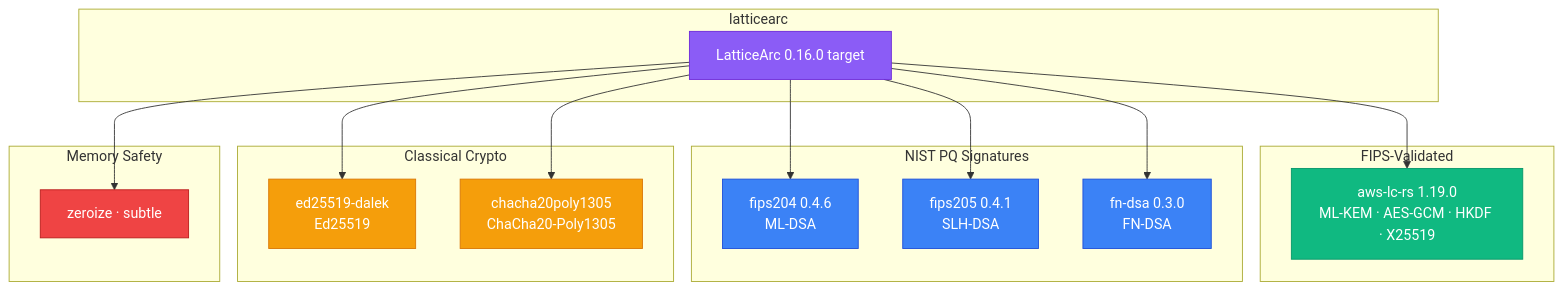
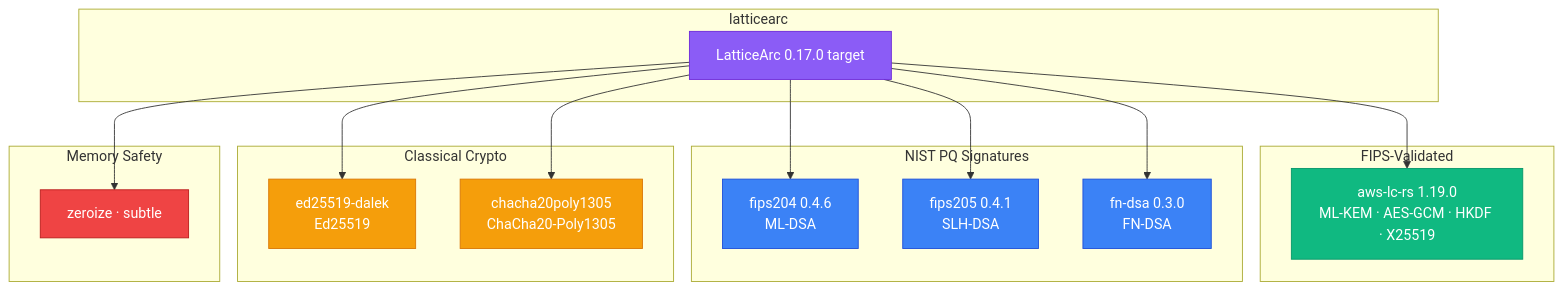
Before and after one commit to LatticeArc/latticearc: the diagram in docs/DEPENDENCY_JUSTIFICATION.md, drawn with Mermaid. The commit also changed other lines of this file and 11 other files, not shown here.

````diff
--- a/docs/DEPENDENCY_JUSTIFICATION.md
+++ b/docs/DEPENDENCY_JUSTIFICATION.md
@@ -12,45 +12,45 @@
 ```mermaid
 flowchart TB
     subgraph "latticearc"
-        LA[LatticeArc 0.16.0 target]
+        LA[LatticeArc 0.17.0 target]
     end
 
     subgraph "FIPS-Validated"
         AWSLC["aws-lc-rs 1.19.0\nML-KEM · AES-GCM · HKDF · X25519"]
     end
 
     subgraph "NIST PQ Signatures"
         F204["fips204 0.4.6\nML-DSA"]
         F205["fips205 0.4.1\nSLH-DSA"]
         FNDSA["fn-dsa 0.3.0\nFN-DSA"]
     end
 
     subgraph "Classical Crypto"
         DALEK["ed25519-dalek\nEd25519"]
         CHA["chacha20poly1305\nChaCha20-Poly1305"]
     end
 
     subgraph "Memory Safety"
         ZERO["zeroize · subtle"]
     end
 
     LA --> AWSLC
     LA --> F204
     LA --> F205
     LA --> FNDSA
     LA --> DALEK
     LA --> CHA
     LA --> ZERO
 
     classDef main fill:#8b5cf6,stroke:#6d28d9,color:#fff
     classDef fips fill:#10b981,stroke:#059669,color:#fff
     classDef nist fill:#3b82f6,stroke:#1d4ed8,color:#fff
     classDef cl fill:#f59e0b,stroke:#d97706,color:#fff
     classDef safety fill:#ef4444,stroke:#b91c1c,color:#fff
 
     class LA main
     class AWSLC fips
     class F204,F205,FNDSA nist
     class DALEK,CHA cl
     class ZERO safety
 ```
````
